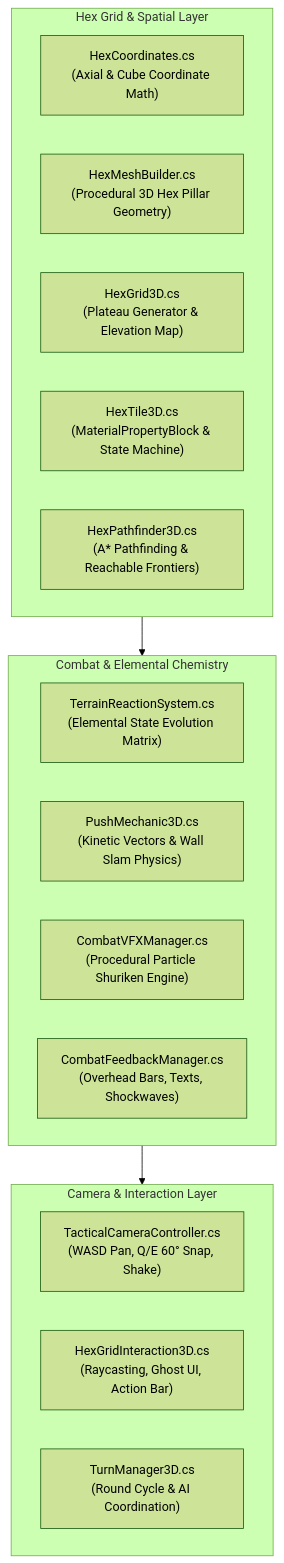
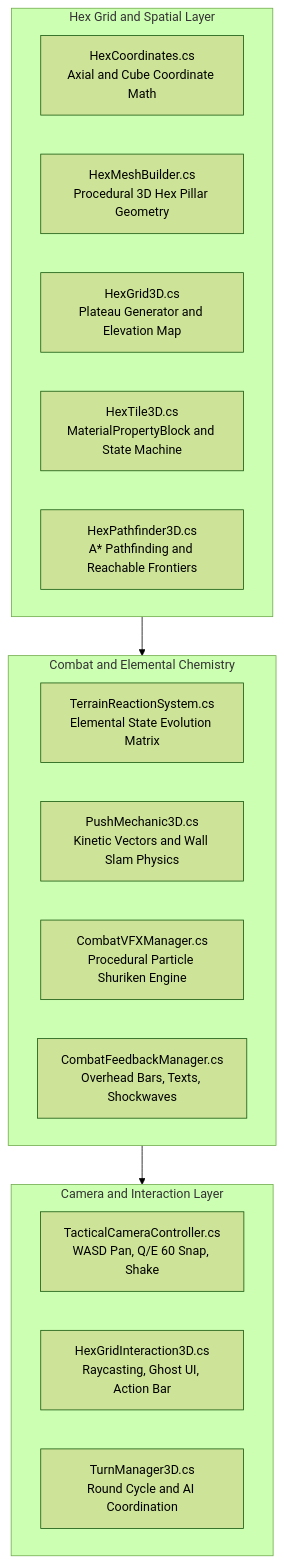
Before and after one commit to HackerMan998/ElementalHexTactics3D: the diagram in wiki/05-Technical-Architecture.md, drawn with Mermaid (forest theme). The commit also changed 7 other files, not shown here.

Commit message:
docs: sync mermaid diagram fixes to wiki folder

````diff
--- a/wiki/05-Technical-Architecture.md
+++ b/wiki/05-Technical-Architecture.md
@@ -9,26 +9,26 @@
 ```mermaid
-graph TD
-    subgraph GridLayer["Hex Grid & Spatial Layer"]
-        HC["HexCoordinates.cs\n(Axial & Cube Coordinate Math)"]
-        HMB["HexMeshBuilder.cs\n(Procedural 3D Hex Pillar Geometry)"]
-        H3D["HexGrid3D.cs\n(Plateau Generator & Elevation Map)"]
-        HT["HexTile3D.cs\n(MaterialPropertyBlock & State Machine)"]
-        HP["HexPathfinder3D.cs\n(A* Pathfinding & Reachable Frontiers)"]
+flowchart TD
+    subgraph GridLayer["Hex Grid and Spatial Layer"]
+        HC["HexCoordinates.cs<br/>Axial and Cube Coordinate Math"]
+        HMB["HexMeshBuilder.cs<br/>Procedural 3D Hex Pillar Geometry"]
+        H3D["HexGrid3D.cs<br/>Plateau Generator and Elevation Map"]
+        HT["HexTile3D.cs<br/>MaterialPropertyBlock and State Machine"]
+        HP["HexPathfinder3D.cs<br/>A* Pathfinding and Reachable Frontiers"]
     end
 
-    subgraph CombatLayer["Combat & Elemental Chemistry"]
-        TRS["TerrainReactionSystem.cs\n(Elemental State Evolution Matrix)"]
-        PM["PushMechanic3D.cs\n(Kinetic Vectors & Wall Slam Physics)"]
-        VFX["CombatVFXManager.cs\n(Procedural Particle Shuriken Engine)"]
-        CFM["CombatFeedbackManager.cs\n(Overhead Bars, Texts, Shockwaves)"]
+    subgraph CombatLayer["Combat and Elemental Chemistry"]
+        TRS["TerrainReactionSystem.cs<br/>Elemental State Evolution Matrix"]
+        PM["PushMechanic3D.cs<br/>Kinetic Vectors and Wall Slam Physics"]
+        VFX["CombatVFXManager.cs<br/>Procedural Particle Shuriken Engine"]
+        CFM["CombatFeedbackManager.cs<br/>Overhead Bars, Texts, Shockwaves"]
     end
 
-    subgraph ControlLayer["Camera & Interaction Layer"]
-        CAM["TacticalCameraController.cs\n(WASD Pan, Q/E 60° Snap, Shake)"]
-        HGI["HexGridInteraction3D.cs\n(Raycasting, Ghost UI, Action Bar)"]
-        TM["TurnManager3D.cs\n(Round Cycle & AI Coordination)"]
+    subgraph ControlLayer["Camera and Interaction Layer"]
+        CAM["TacticalCameraController.cs<br/>WASD Pan, Q/E 60 Snap, Shake"]
+        HGI["HexGridInteraction3D.cs<br/>Raycasting, Ghost UI, Action Bar"]
+        TM["TurnManager3D.cs<br/>Round Cycle and AI Coordination"]
     end
 
     GridLayer --> CombatLayer
     CombatLayer --> ControlLayer
 ```
````
